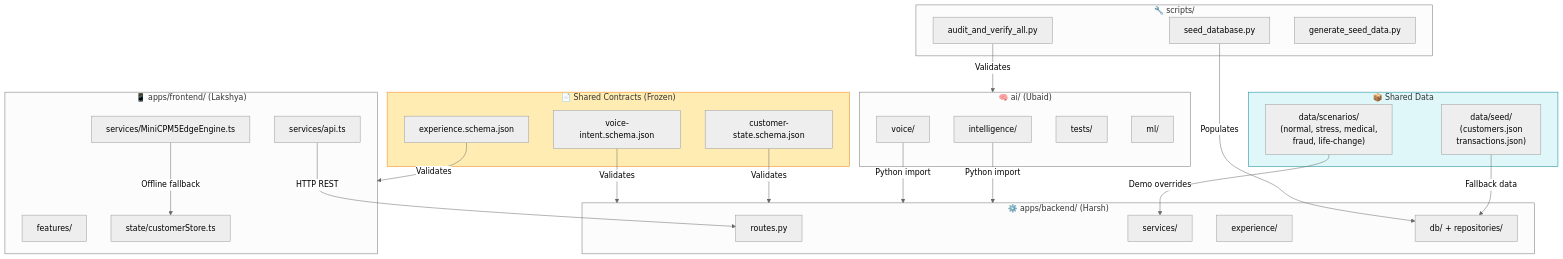
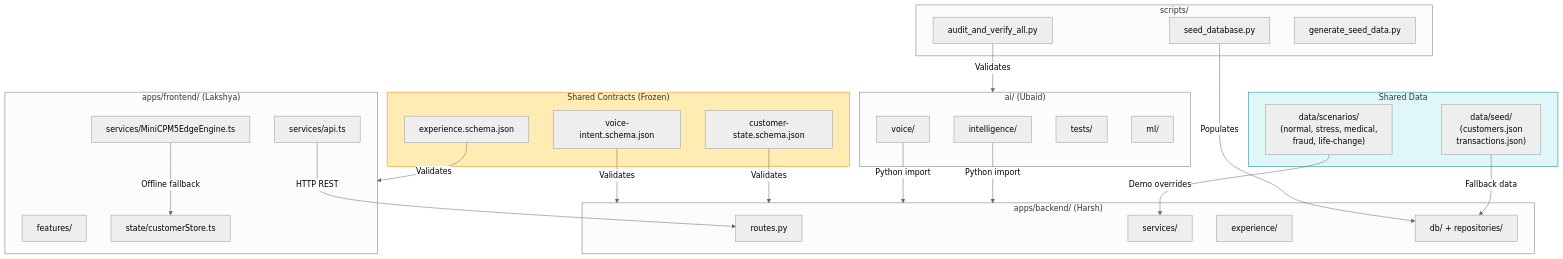
One commit to Neutron-0/ABC-Bank changed the ninth of 39 diagrams in README.md. Above: the diagram before and after it, drawn with Mermaid (neutral theme). The commit also changed other lines of this file, not shown here.

Commit message:
docs: polish readme formatting and drop all emojis

````diff
--- a/README.md
+++ b/README.md
@@ -858,56 +858,56 @@
 ```mermaid
 flowchart TD
-    subgraph SharedContracts["📄 Shared Contracts (Frozen)"]
-        CSSchema["customer-state.schema.json"]
-        EXSchema["experience.schema.json"]
-        VISchema["voice-intent.schema.json"]
-    end
+  subgraph SharedContracts["Shared Contracts (Frozen)"]
+    CSSchema["customer-state.schema.json"]
+    EXSchema["experience.schema.json"]
+    VISchema["voice-intent.schema.json"]
+  end
 
-    subgraph SharedData["📦 Shared Data"]
-        SeedData["data/seed/\n(customers.json\ntransactions.json)"]
-        Scenarios["data/scenarios/\n(normal, stress, medical,\nfraud, life-change)"]
-    end
+  subgraph SharedData["Shared Data"]
+    SeedData["data/seed/\n(customers.json\ntransactions.json)"]
+    Scenarios["data/scenarios/\n(normal, stress, medical,\nfraud, life-change)"]
+  end
 
-    subgraph Backend2["⚙️ apps/backend/ (Harsh)"]
-        BERoutes["routes.py"]
-        BEServices["services/"]
-        BEExperience["experience/"]
-        BEDB["db/ + repositories/"]
-    end
+  subgraph Backend2["apps/backend/ (Harsh)"]
+    BERoutes["routes.py"]
+    BEServices["services/"]
+    BEExperience["experience/"]
+    BEDB["db/ + repositories/"]
+  end
 
-    subgraph Frontend2["📱 apps/frontend/ (Lakshya)"]
-        FEScreens["features/"]
-        FEStore["state/customerStore.ts"]
-        FEServices2["services/api.ts"]
-        FEEdge["services/MiniCPM5EdgeEngine.ts"]
-    end
+  subgraph Frontend2["apps/frontend/ (Lakshya)"]
+    FEScreens["features/"]
+    FEStore["state/customerStore.ts"]
+    FEServices2["services/api.ts"]
+    FEEdge["services/MiniCPM5EdgeEngine.ts"]
+  end
 
-    subgraph AIModule["🧠 ai/ (Ubaid)"]
-        AIIntelligence["intelligence/"]
-        AIVoice2["voice/"]
-        AITests["tests/"]
-        AIML["ml/"]
-    end
+  subgraph AIModule["ai/ (Ubaid)"]
+    AIIntelligence["intelligence/"]
+    AIVoice2["voice/"]
+    AITests["tests/"]
+    AIML["ml/"]
+  end
 
-    subgraph Scripts2["🔧 scripts/"]
-        Audit["audit_and_verify_all.py"]
-        Seeder["seed_database.py"]
-        Generator["generate_seed_data.py"]
-    end
+  subgraph Scripts2["scripts/"]
+    Audit["audit_and_verify_all.py"]
+    Seeder["seed_database.py"]
+    Generator["generate_seed_data.py"]
+  end
 
-    %% Dependencies
-    AIIntelligence -->|"Python import"| Backend2
-    AIVoice2 -->|"Python import"| Backend2
-    CSSchema -->|"Validates"| Backend2
-    EXSchema -->|"Validates"| Frontend2
-    VISchema -->|"Validates"| Backend2
-    SeedData -->|"Fallback data"| BEDB
-    Scenarios -->|"Demo overrides"| BEServices
-    FEServices2 -->|"HTTP REST"| BERoutes
-    FEEdge -->|"Offline fallback"| FEStore
-    Seeder -->|"Populates"| BEDB
-    Audit -->|"Validates"| AIModule
+  %% Dependencies
+  AIIntelligence -->|"Python import"| Backend2
+  AIVoice2 -->|"Python import"| Backend2
+  CSSchema -->|"Validates"| Backend2
+  EXSchema -->|"Validates"| Frontend2
+  VISchema -->|"Validates"| Backend2
+  SeedData -->|"Fallback data"| BEDB
+  Scenarios -->|"Demo overrides"| BEServices
+  FEServices2 -->|"HTTP REST"| BERoutes
+  FEEdge -->|"Offline fallback"| FEStore
+  Seeder -->|"Populates"| BEDB
+  Audit -->|"Validates"| AIModule
 
-    style SharedContracts fill:#ffecb3,stroke:#f57f17
-    style SharedData fill:#e0f7fa,stroke:#00838f
+  style SharedContracts fill:#ffecb3,stroke:#f57f17
+  style SharedData fill:#e0f7fa,stroke:#00838f
 ```
````
